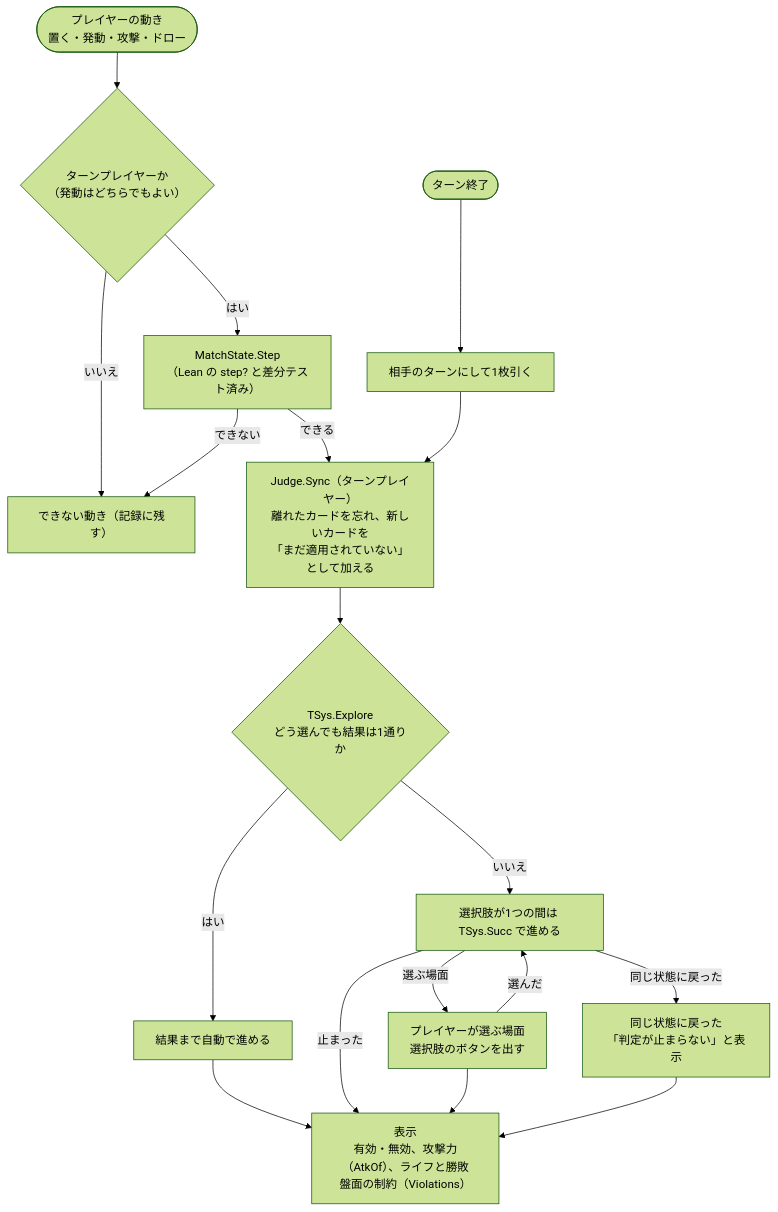
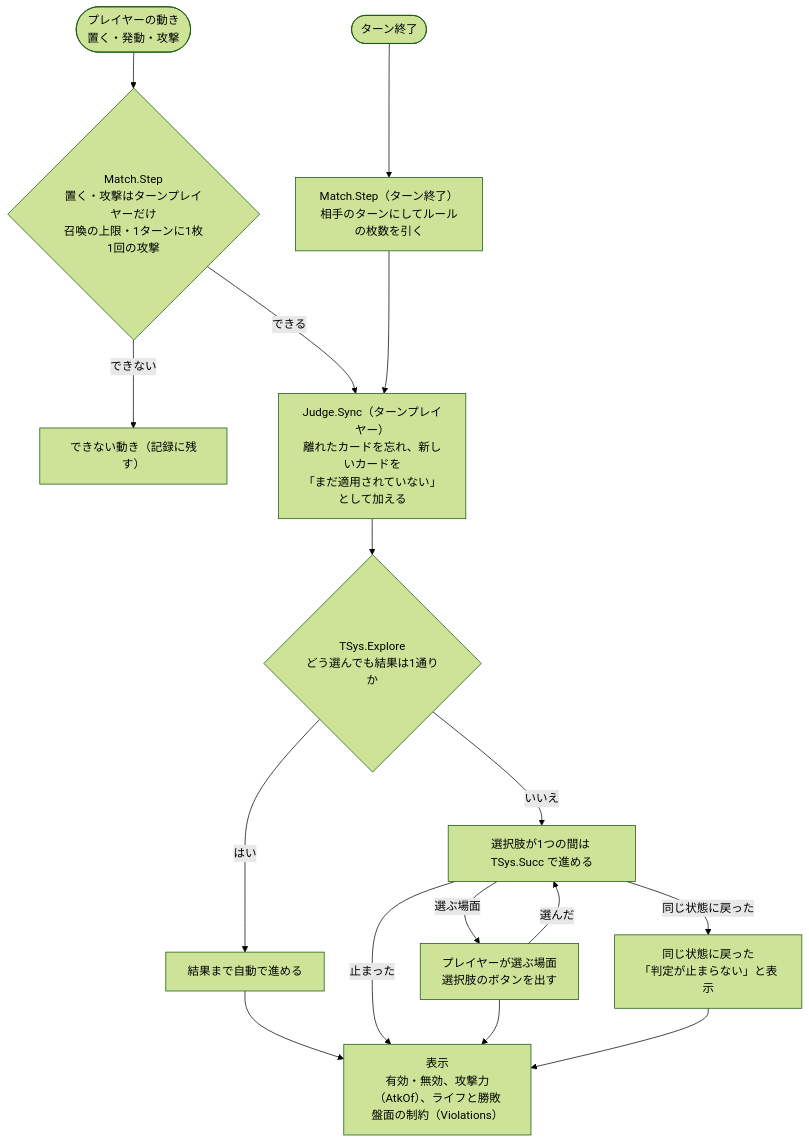
The fifth of 6 diagrams in アーキテクチャ.md (kotatu0047/yuugi-lean), drawn with Mermaid (forest theme) before and after one commit. The commit also changed other lines of this file and 24 other files, not shown here.

````diff
--- a/アーキテクチャ.md
+++ b/アーキテクチャ.md
@@ -154,29 +161,26 @@
 ```mermaid
 flowchart TB
-  act(["プレイヤーの動き<br/>置く・発動・攻撃・ドロー"])
-  turnok{"ターンプレイヤーか<br/>（発動はどちらでもよい）"}
-  step["MatchState.Step<br/>（Lean の step? と差分テスト済み）"]
+  act(["プレイヤーの動き<br/>置く・発動・攻撃"])
+  step{"Match.Step<br/>置く・攻撃はターンプレイヤーだけ<br/>召喚の上限・1ターンに1枚1回の攻撃"}
   ng["できない動き（記録に残す）"]
   sync["Judge.Sync（ターンプレイヤー）<br/>離れたカードを忘れ、新しいカードを<br/>「まだ適用されていない」として加える"]
   explore{"TSys.Explore<br/>どう選んでも結果は1通りか"}
   auto["結果まで自動で進める"]
   walk["選択肢が1つの間は TSys.Succ で進める"]
   choose["プレイヤーが選ぶ場面<br/>選択肢のボタンを出す"]
   loop["同じ状態に戻った<br/>「判定が止まらない」と表示"]
   render["表示<br/>有効・無効、攻撃力（AtkOf）、ライフと勝敗<br/>盤面の制約（Violations）"]
   endturn(["ターン終了"])
-  draw["相手のターンにして1枚引く"]
+  draw["Match.Step（ターン終了）<br/>相手のターンにしてルールの枚数を引く"]
 
-  act --> turnok
-  turnok -->|いいえ| ng
-  turnok -->|はい| step
+  act --> step
   step -->|できない| ng
   step -->|できる| sync --> explore
   explore -->|はい| auto --> render
   explore -->|いいえ| walk
   walk -->|止まった| render
   walk -->|選ぶ場面| choose --> render
   walk -->|同じ状態に戻った| loop --> render
   choose -->|選んだ| walk
   endturn --> draw --> sync
 ```
````
